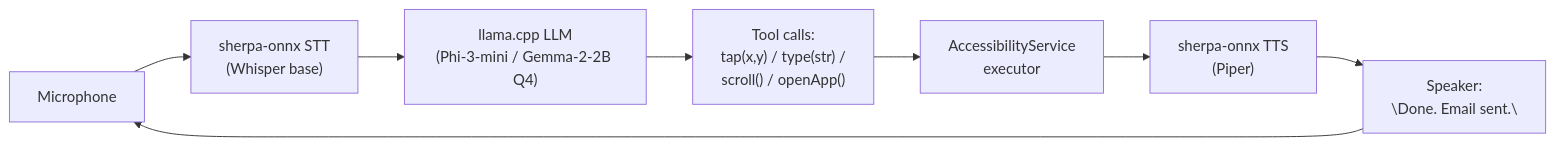
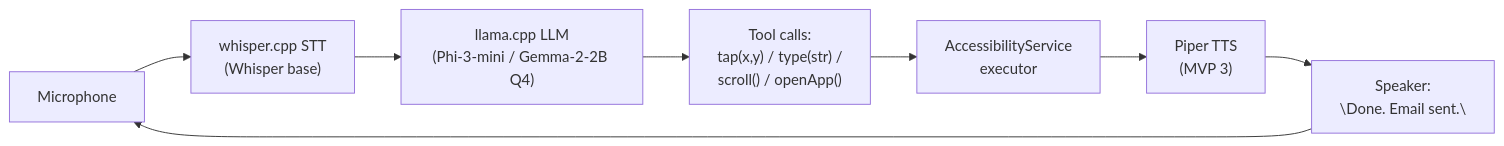
Before and after one commit to Franck-Sorel/voice-to-pdf: the second of 2 diagrams in docs/PRD.md, drawn with Mermaid. The commit also changed other lines of this file and 7 other files, not shown here.

First line of the commit message:
docs: reverse sherpa-onnx to whisper.cpp across PRD/ARCH/NFR/ROADMAP/SETUP/README

````diff
--- a/docs/PRD.md
+++ b/docs/PRD.md
@@ -219,10 +219,10 @@
 ```mermaid
 flowchart LR
-    MIC["Microphone"] --> STT["sherpa-onnx STT\n(Whisper base)"]
+    MIC["Microphone"] --> STT["whisper.cpp STT\n(Whisper base)"]
     STT --> LLM["llama.cpp LLM\n(Phi-3-mini / Gemma-2-2B Q4)"]
     LLM --> TOOLS["Tool calls:\ntap(x,y) / type(str) /\nscroll() / openApp()"]
     TOOLS --> AX["AccessibilityService\nexecutor"]
-    AX --> TTS["sherpa-onnx TTS\n(Piper)"]
+    AX --> TTS["Piper TTS\n(MVP 3)"]
     TTS --> SPK["Speaker:\n\"Done. Email sent.\""]
     SPK --> MIC
 ```
````
